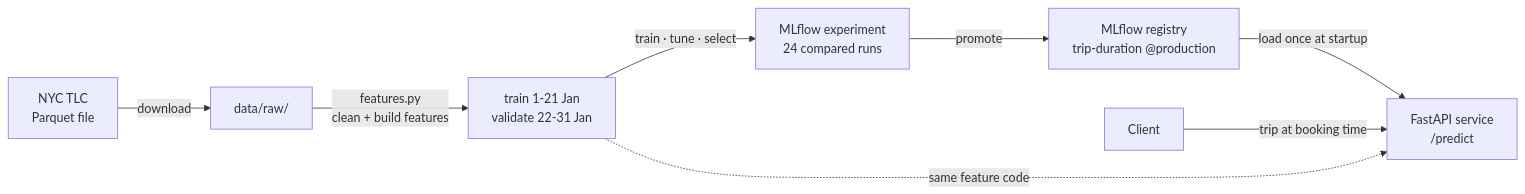
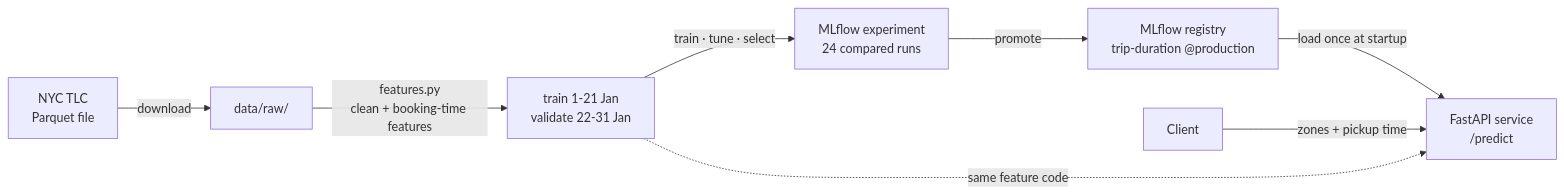
One commit to sean-mas/end-to-end-ml-microservice changed the diagram in README.md. Above: the diagram before and after it, drawn with Mermaid. The commit also changed other lines of this file and 25 other files, not shown here.

First line of the commit message:
Use only booking-time features, retire the leaky model, add slides

````diff
--- a/README.md
+++ b/README.md
@@ -122,10 +127,10 @@
 ```mermaid
 flowchart LR
   A["NYC TLC<br>Parquet file"] -->|download| B["data/raw/"]
-  B -->|"features.py<br>clean + build features"| C["train 1-21 Jan<br>validate 22-31 Jan"]
+  B -->|"features.py<br>clean + booking-time features"| C["train 1-21 Jan<br>validate 22-31 Jan"]
   C -->|"train · tune · select"| D["MLflow experiment<br>24 compared runs"]
   D -->|promote| E["MLflow registry<br>trip-duration @production"]
   E -->|"load once at startup"| F["FastAPI service<br>/predict"]
-  G["Client"] -->|"trip at booking time"| F
+  G["Client"] -->|"zones + pickup time"| F
   C -.->|"same feature code"| F
 ```
````
